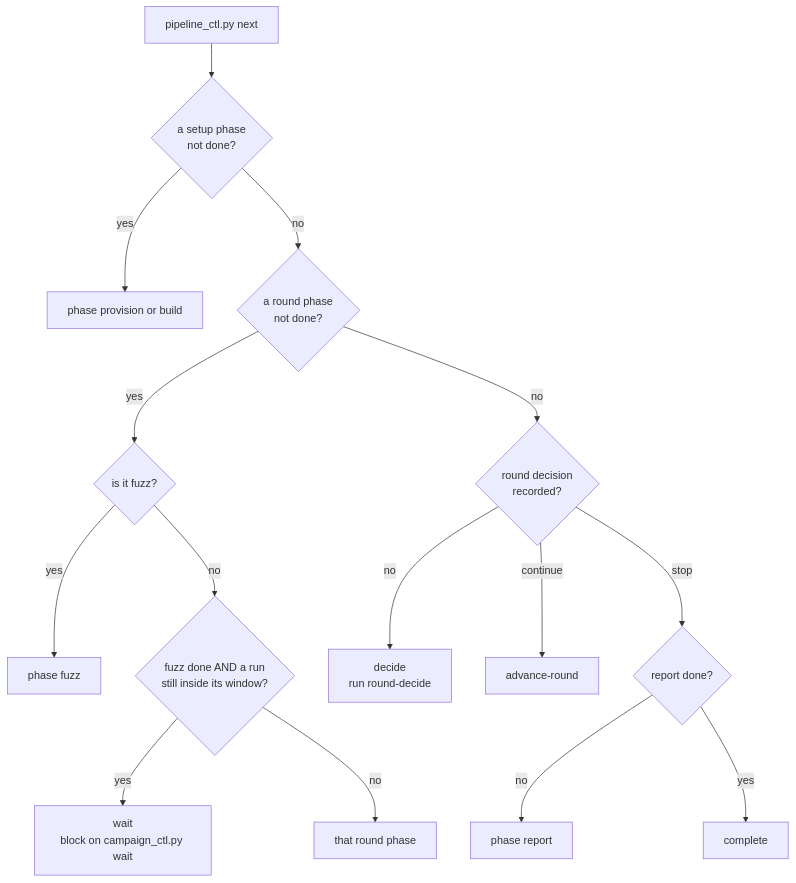
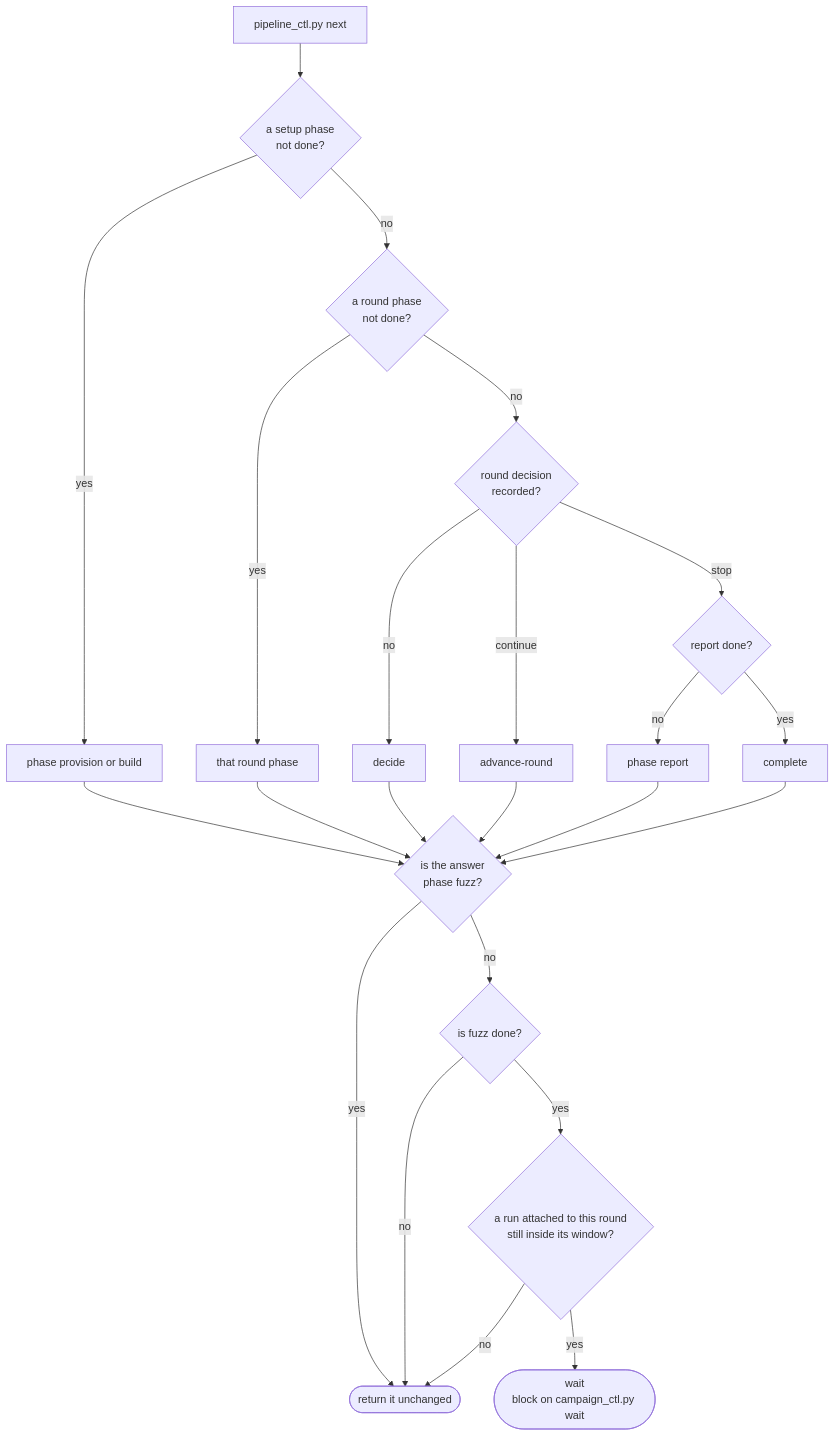
The first of 2 diagrams in docs/src/content/docs/architecture/execution-model.md (Indspl0it/gspwn), drawn with Mermaid before and after one commit. The commit also changed other lines of this file and 129 other files, not shown here.

````diff
--- a/docs/src/content/docs/architecture/execution-model.md
+++ b/docs/src/content/docs/architecture/execution-model.md
@@ -60,17 +60,26 @@
 ```mermaid
 flowchart TB
   START["pipeline_ctl.py next"] --> SP{"a setup phase<br/>not done?"}
   SP -->|yes| P1["phase provision or build"]
   SP -->|no| RP{"a round phase<br/>not done?"}
-  RP -->|yes| FZ{"is it fuzz?"}
-  FZ -->|yes| P2["phase fuzz"]
-  FZ -->|no| LV{"fuzz done AND a run<br/>still inside its window?"}
-  LV -->|yes| W["wait<br/>block on campaign_ctl.py wait"]
-  LV -->|no| P3["that round phase"]
+  RP -->|yes| P3["that round phase"]
   RP -->|no| DE{"round decision<br/>recorded?"}
-  DE -->|no| D["decide<br/>run round-decide"]
+  DE -->|no| D["decide"]
   DE -->|"continue"| A["advance-round"]
   DE -->|"stop"| RE{"report done?"}
   RE -->|no| P4["phase report"]
   RE -->|yes| C["complete"]
+
+  P1 --> G
+  P3 --> G
+  D --> G
+  A --> G
+  P4 --> G
+  C --> G
+  G{"is the answer<br/>phase fuzz?"} -->|yes| OUT(["return it unchanged"])
+  G -->|no| FD{"is fuzz done?"}
+  FD -->|no| OUT
+  FD -->|yes| LV{"a run attached to this round<br/>still inside its window?"}
+  LV -->|no| OUT
+  LV -->|yes| W(["wait<br/>block on campaign_ctl.py wait"])
 ```
````
